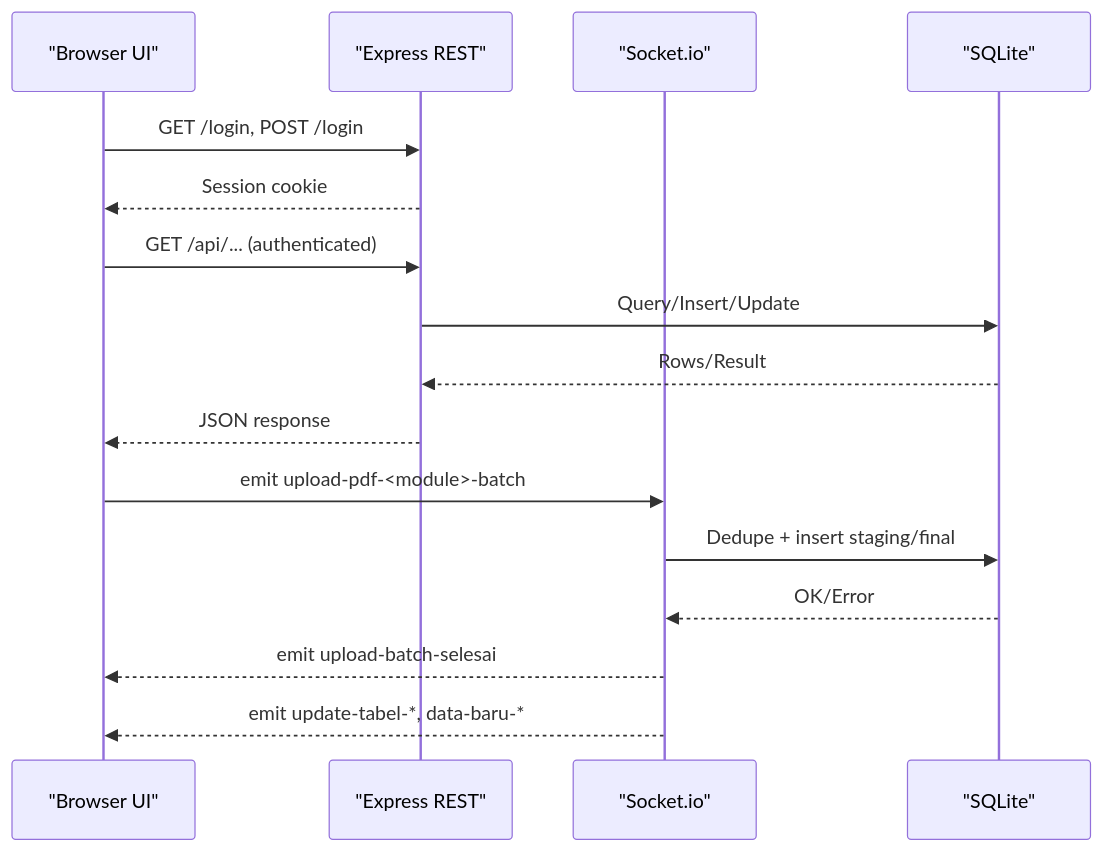
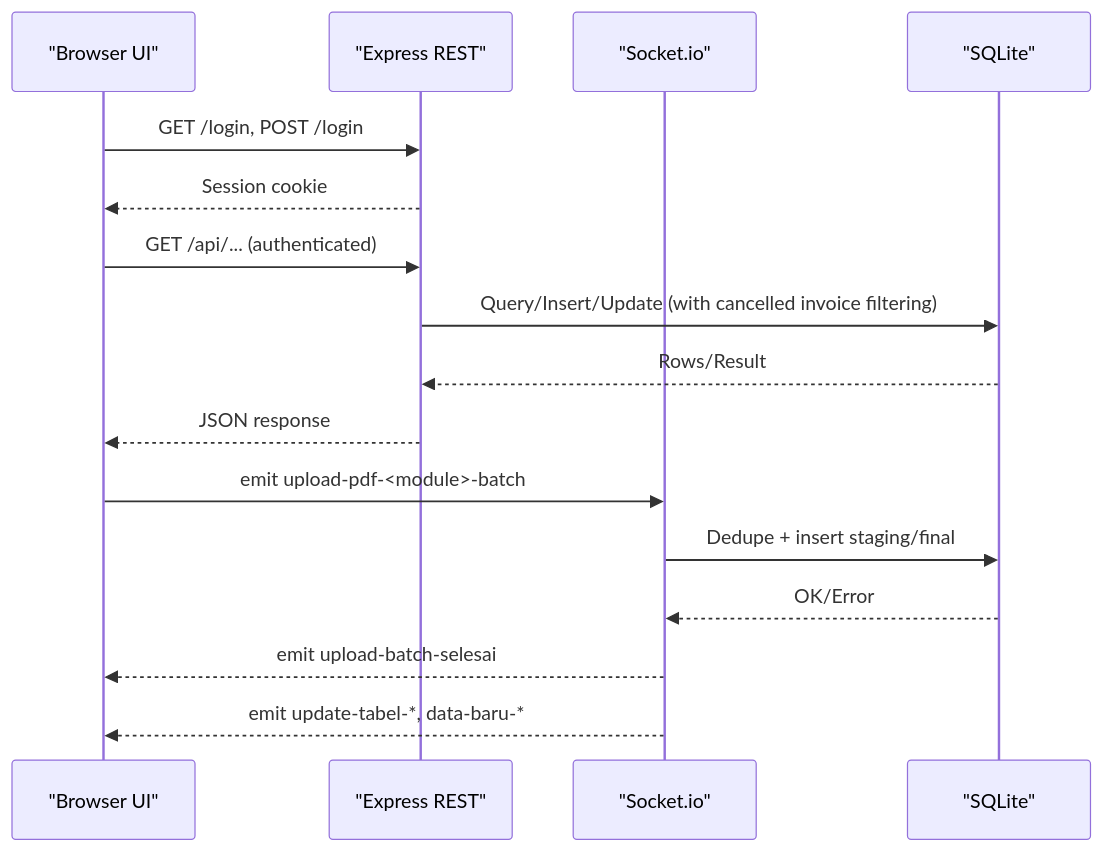
The second of 4 diagrams in .qoder/repowiki/en/content/API Reference/API Reference.md (rendisiagian/TDS_by_RENDISIAGIAN), drawn with Mermaid before and after one commit. The commit also changed other lines of this file and 55 other files, not shown here.

````diff
--- a/.qoder/repowiki/en/content/API Reference/API Reference.md
+++ b/.qoder/repowiki/en/content/API Reference/API Reference.md
@@ -97,18 +101,18 @@
 ```mermaid
 sequenceDiagram
 participant Client as "Browser UI"
 participant REST as "Express REST"
 participant WS as "Socket.io"
 participant DB as "SQLite"
 Client->>REST : GET /login, POST /login
 REST-->>Client : Session cookie
 Client->>REST : GET /api/... (authenticated)
-REST->>DB : Query/Insert/Update
+REST->>DB : Query/Insert/Update (with cancelled invoice filtering)
 DB-->>REST : Rows/Result
 REST-->>Client : JSON response
 Client->>WS : emit upload-pdf-<module>-batch
 WS->>DB : Dedupe + insert staging/final
 DB-->>WS : OK/Error
 WS-->>Client : emit upload-batch-selesai
 WS-->>Client : emit update-tabel-*, data-baru-*
 ```
````
